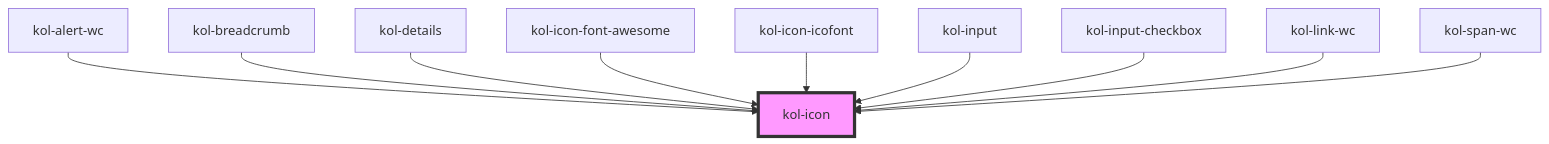
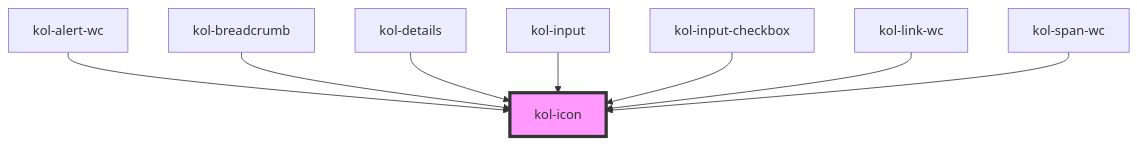
Before and after one commit to public-ui/kolibri: the diagram in packages/components/src/components/icon/readme.md, drawn with Mermaid. The commit also changed other lines of this file and 37 other files, not shown here.

````diff
--- a/packages/components/src/components/icon/readme.md
+++ b/packages/components/src/components/icon/readme.md
@@ -79,13 +74,11 @@
 ```mermaid
 graph TD;
   kol-alert-wc --> kol-icon
   kol-breadcrumb --> kol-icon
   kol-details --> kol-icon
-  kol-icon-font-awesome --> kol-icon
-  kol-icon-icofont --> kol-icon
   kol-input --> kol-icon
   kol-input-checkbox --> kol-icon
   kol-link-wc --> kol-icon
   kol-span-wc --> kol-icon
   style kol-icon fill:#f9f,stroke:#333,stroke-width:4px
 ```
````
